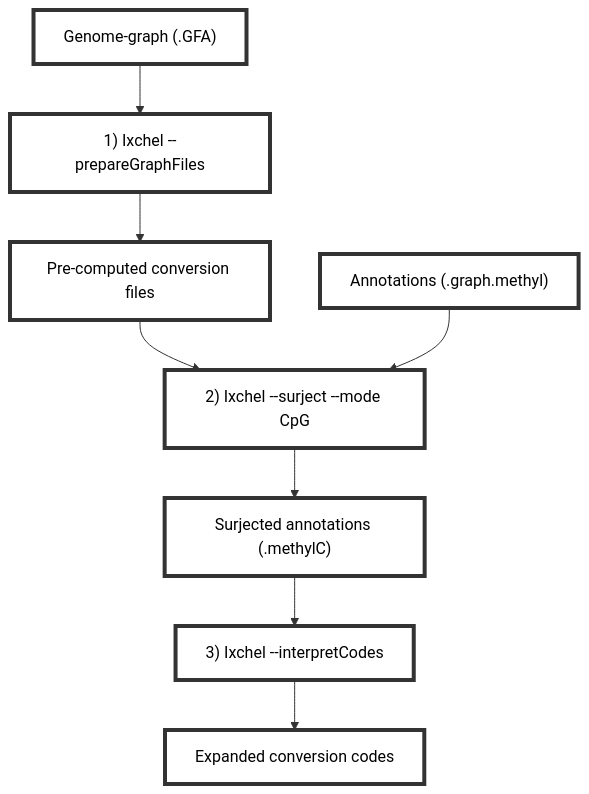
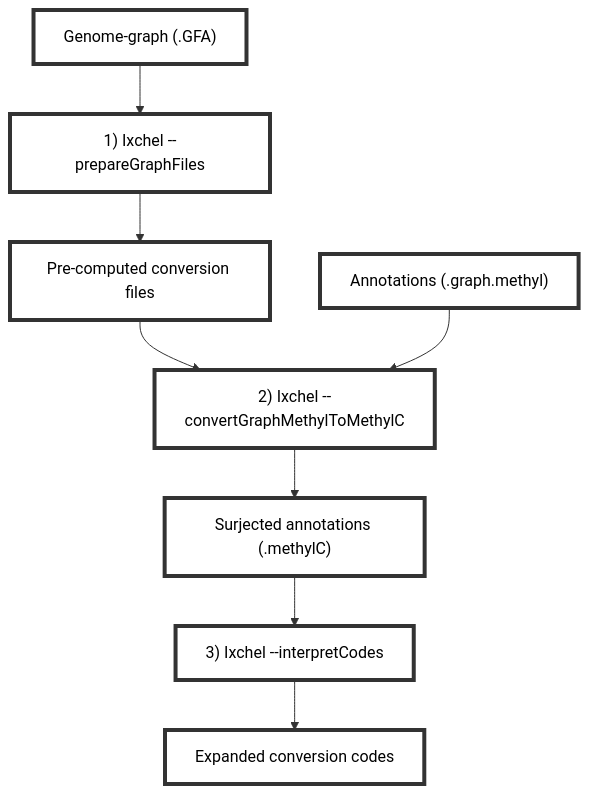
Before and after one commit to twlab/Ixchel: the diagram in README.md, drawn with Mermaid. The commit also changed other lines of this file, not shown here.

Commit message:
Cleanup documentation

````diff
--- a/README.md
+++ b/README.md
@@ -6,12 +8,12 @@
 ```mermaid
 flowchart TB
     Genomegraph["Genome-graph (.GFA)"] --> IxchelPrep["1) Ixchel --prepareGraphFiles"]
     IxchelPrep --> GraphFiles["Pre-computed conversion files"]
-    GraphFiles --> IxchelSurject["2) Ixchel --surject --mode CpG"]
+    GraphFiles --> IxchelSurject["2) Ixchel --convertGraphMethylToMethylC"]
     Annotations["Annotations (.graph.methyl)"] --> IxchelSurject
     IxchelSurject --> SurjectedAnnotations["Surjected annotations (.methylC)"]
     SurjectedAnnotations --> IxchelInterpretCodes["3) Ixchel --interpretCodes"]
     IxchelInterpretCodes --> ExpandedCodes["Expanded conversion codes"]
     
     classDef default fill:#fff,stroke:#333,stroke-width:4px,color:black;
 ```
````
